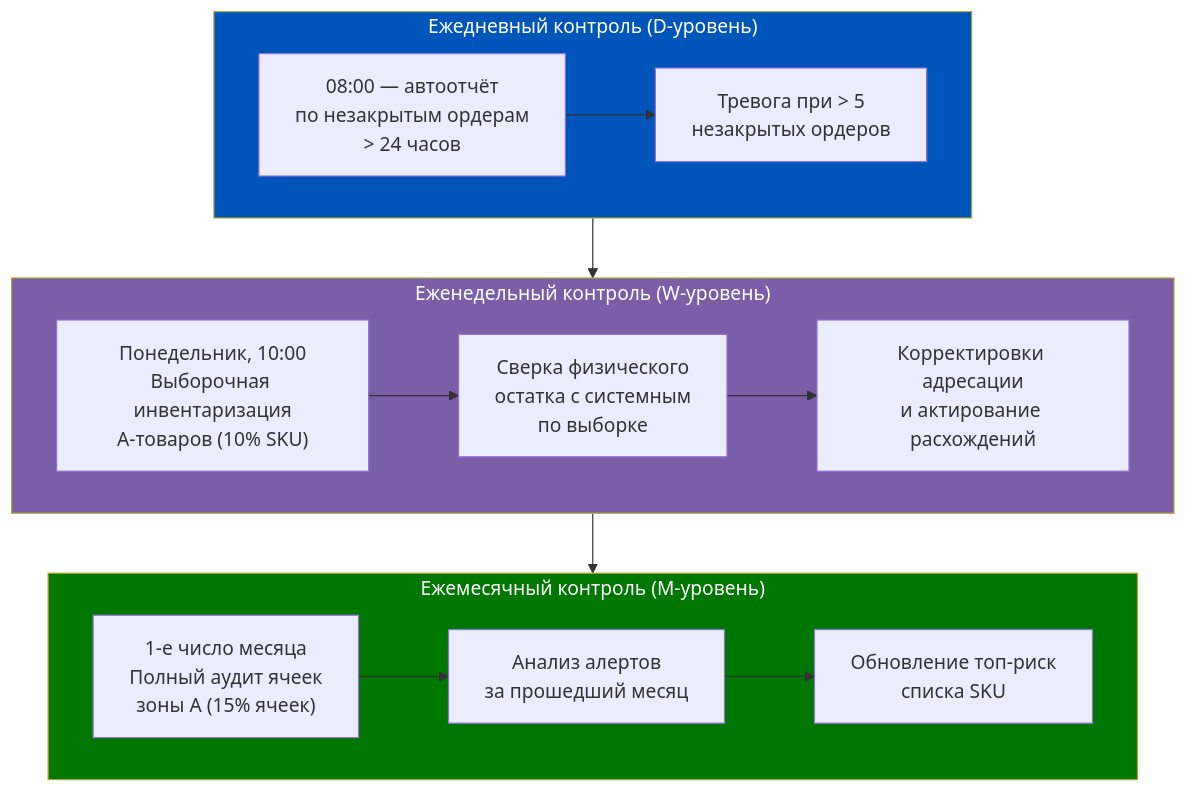
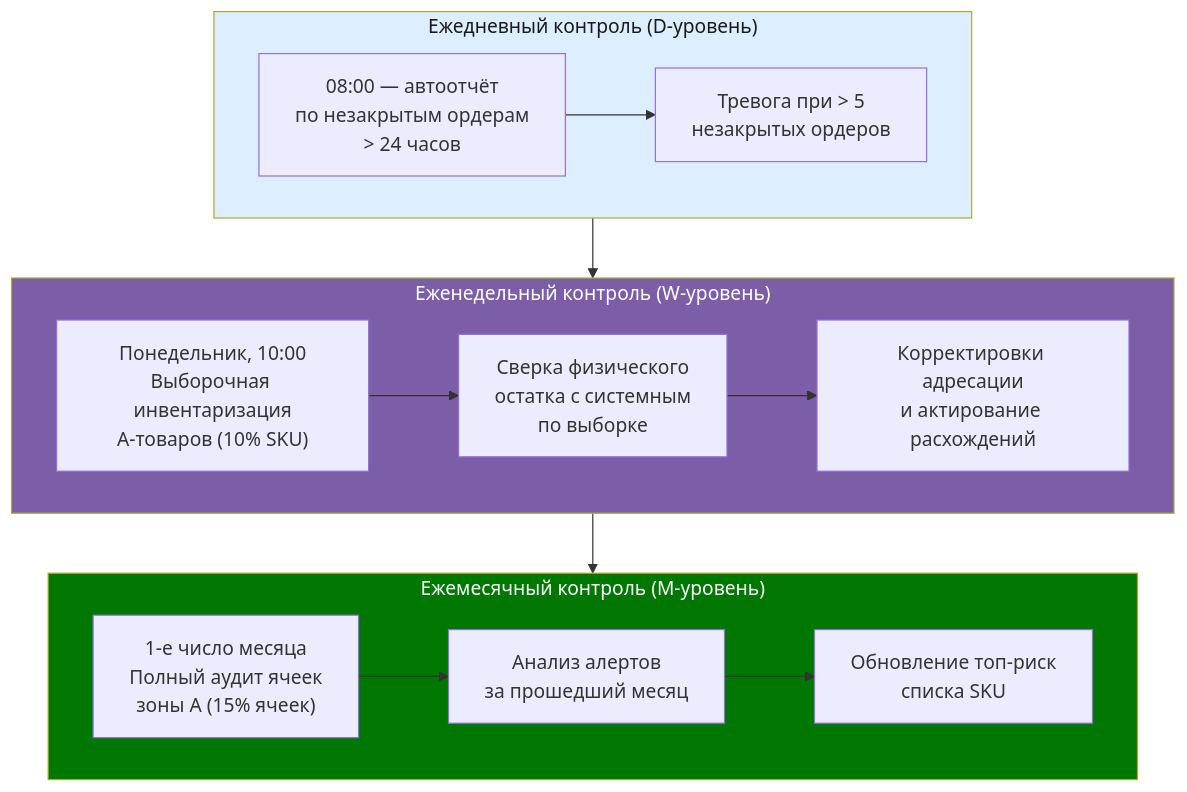
The seventh of 8 diagrams in content/1c-erp/week_5/Неделя 5 - День 7 - История чёрных дыр склада.md (murad1986/1c-erp-quartz), drawn with Mermaid before and after one commit. The commit also changed other lines of this file and 57 other files, not shown here.

First line of the commit message:
fix: Mermaid — пастельные цвета в источниках диаграмм (56 файлов)

````diff
--- a/content/1c-erp/week_5/Неделя 5 - День 7 - История чёрных дыр склада.md
+++ b/content/1c-erp/week_5/Неделя 5 - День 7 - История чёрных дыр склада.md
@@ -560,28 +560,28 @@
 ```mermaid
 flowchart TD
     subgraph D["Ежедневный контроль (D-уровень)"]
         D1["08:00 — автоотчёт<br/>по незакрытым ордерам<br/>> 24 часов"]
         D2["Тревога при > 5<br/>незакрытых ордеров"]
         D1 --> D2
     end
 
     subgraph W["Еженедельный контроль (W-уровень)"]
         W1["Понедельник, 10:00<br/>Выборочная инвентаризация<br/>A-товаров (10% SKU)"]
         W2["Сверка физического<br/>остатка с системным<br/>по выборке"]
         W3["Корректировки адресации<br/>и актирование расхождений"]
         W1 --> W2 --> W3
     end
 
     subgraph M["Ежемесячный контроль (M-уровень)"]
         M1["1-е число месяца<br/>Полный аудит ячеек<br/>зоны A (15% ячеек)"]
         M2["Анализ алертов<br/>за прошедший месяц"]
         M3["Обновление топ-риск<br/>списка SKU"]
         M1 --> M2 --> M3
     end
 
     D --> W --> M
 
-    style D fill:#0055BB,color:#fff
+    style D fill:#dceeff,color:#1a1a1a
     style W fill:#7B5EA7,color:#fff
     style M fill:#007700,color:#fff
 ```
````
